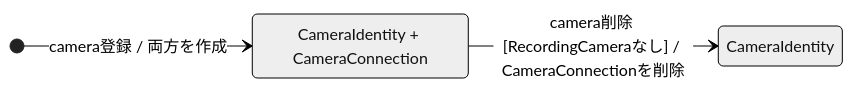
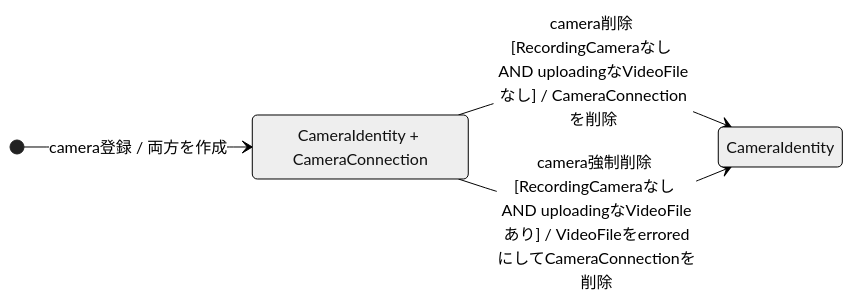
The second of 3 diagrams in docs/requirements-v2/14-specified-requirements/05-logical-database-requirements/logical-database-requirements.md (traP-jp/kinugasa-recording), drawn with Mermaid (neutral theme) before and after one commit. The commit also changed other lines of this file and 6 other files, not shown here.

````diff
--- a/docs/requirements-v2/14-specified-requirements/05-logical-database-requirements/logical-database-requirements.md
+++ b/docs/requirements-v2/14-specified-requirements/05-logical-database-requirements/logical-database-requirements.md
@@ -133,9 +133,10 @@
 ```mermaid
 stateDiagram-v2
     direction LR
     state "CameraIdentity + CameraConnection" as CameraPresent
     state "CameraIdentity" as CameraRemoved
 
     [*] --> CameraPresent : camera登録 / 両方を作成
-    CameraPresent --> CameraRemoved : camera削除 [RecordingCameraなし] / CameraConnectionを削除
+    CameraPresent --> CameraRemoved : camera削除 [RecordingCameraなし AND uploadingなVideoFileなし] / CameraConnectionを削除
+    CameraPresent --> CameraRemoved : camera強制削除 [RecordingCameraなし AND uploadingなVideoFileあり] / VideoFileをerroredにしてCameraConnectionを削除
 ```
````
